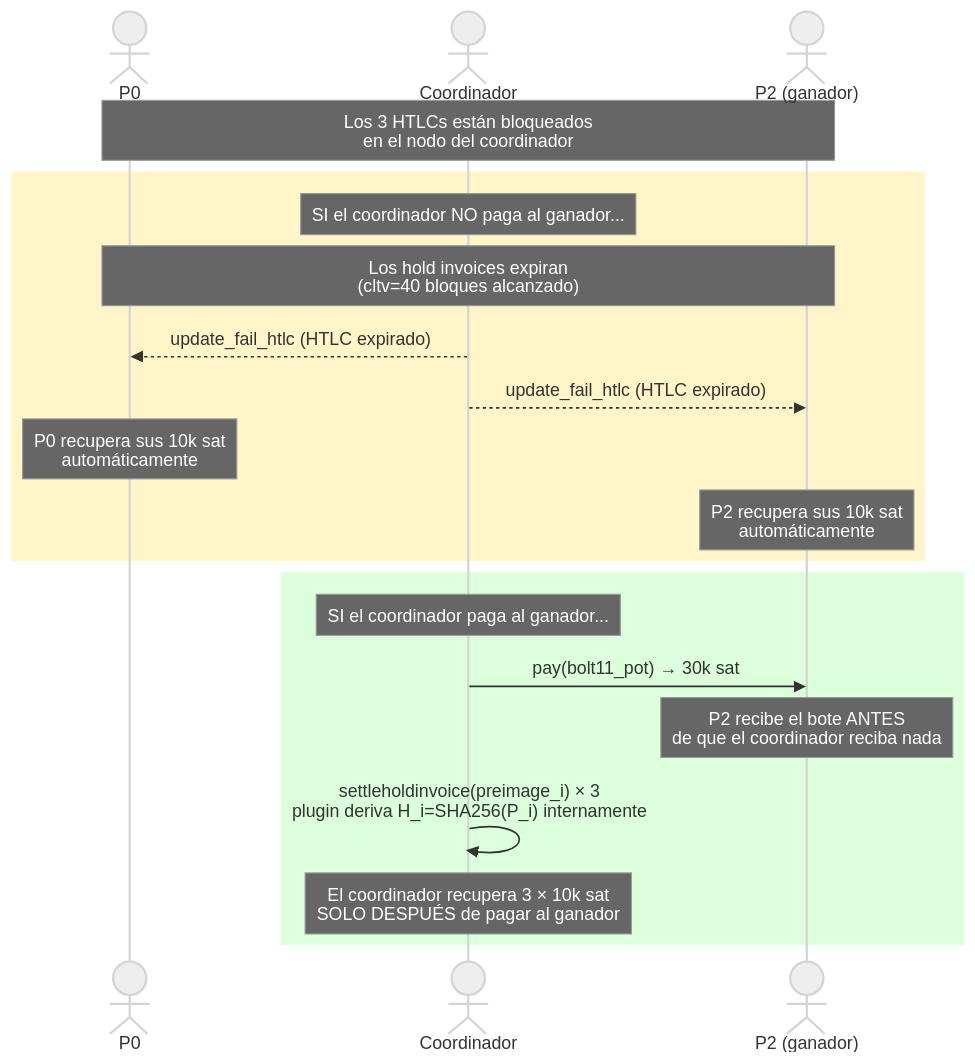
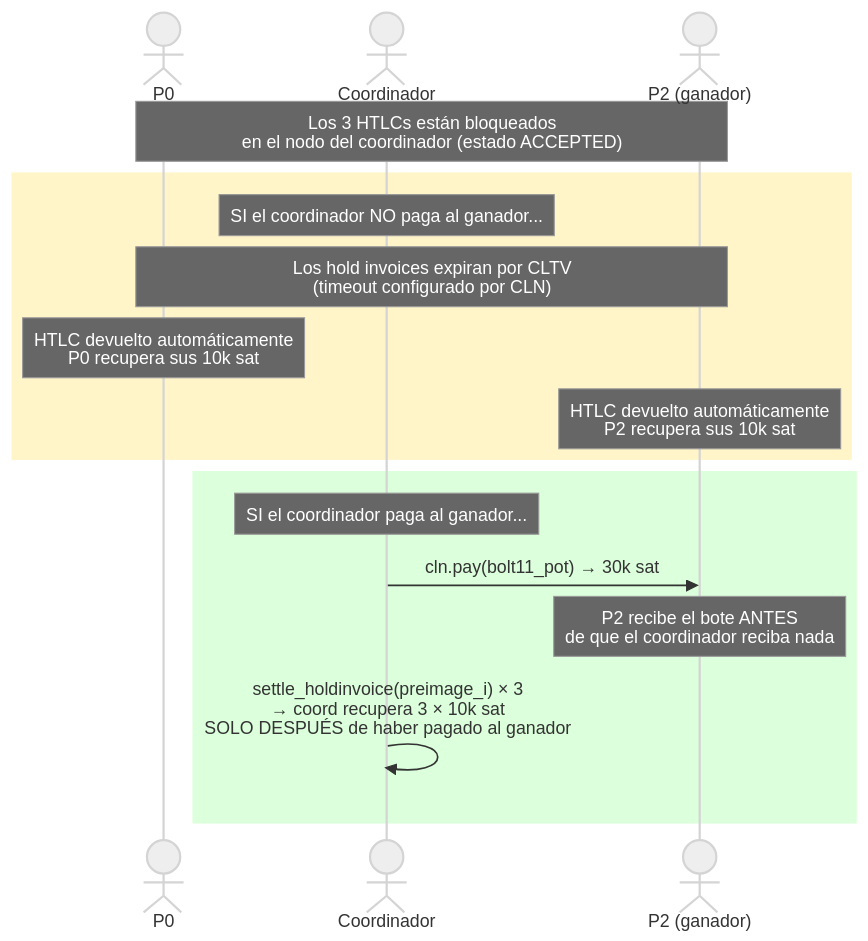
Before and after one commit to jmo-ytp/tanda.btc: the third of 5 diagrams in docs/sequence-diagrams-ln.md, drawn with Mermaid (neutral theme). The commit also changed other lines of this file, not shown here.

First line of the commit message:
docs(diagrams-ln): reescribir diagramas de secuencia LN con flujo real

````diff
--- a/docs/sequence-diagrams-ln.md
+++ b/docs/sequence-diagrams-ln.md
@@ -121,25 +120,22 @@
 ```mermaid
 sequenceDiagram
     actor P0 as P0
     actor C  as Coordinador
     actor P2 as P2 (ganador)
 
-    Note over P0,P2: Los 3 HTLCs están bloqueados<br/>en el nodo del coordinador
+    Note over P0,P2: Los 3 HTLCs están bloqueados<br/>en el nodo del coordinador (estado ACCEPTED)
 
     rect rgb(255, 245, 200)
         Note over C: SI el coordinador NO paga al ganador...
-        Note over P0,P2: Los hold invoices expiran<br/>(cltv=40 bloques alcanzado)
-        C-->>P0: update_fail_htlc (HTLC expirado)
-        C-->>P2: update_fail_htlc (HTLC expirado)
-        Note over P0: P0 recupera sus 10k sat<br/>automáticamente
-        Note over P2: P2 recupera sus 10k sat<br/>automáticamente
+        Note over P0,P2: Los hold invoices expiran por CLTV<br/>(timeout configurado por CLN)
+        Note over P0: HTLC devuelto automáticamente<br/>P0 recupera sus 10k sat
+        Note over P2: HTLC devuelto automáticamente<br/>P2 recupera sus 10k sat
     end
 
     rect rgb(220, 255, 220)
         Note over C: SI el coordinador paga al ganador...
-        C->>P2: pay(bolt11_pot) → 30k sat
+        C->>P2: cln.pay(bolt11_pot) → 30k sat
         Note over P2: P2 recibe el bote ANTES<br/>de que el coordinador reciba nada
-        C->>C: settleholdinvoice(preimage_i) × 3<br/>plugin deriva H_i=SHA256(P_i) internamente
-        Note over C: El coordinador recupera 3 × 10k sat<br/>SOLO DESPUÉS de pagar al ganador
+        C->>C: settle_holdinvoice(preimage_i) × 3<br/>→ coord recupera 3 × 10k sat<br/>SOLO DESPUÉS de haber pagado al ganador
     end
 ```
````
